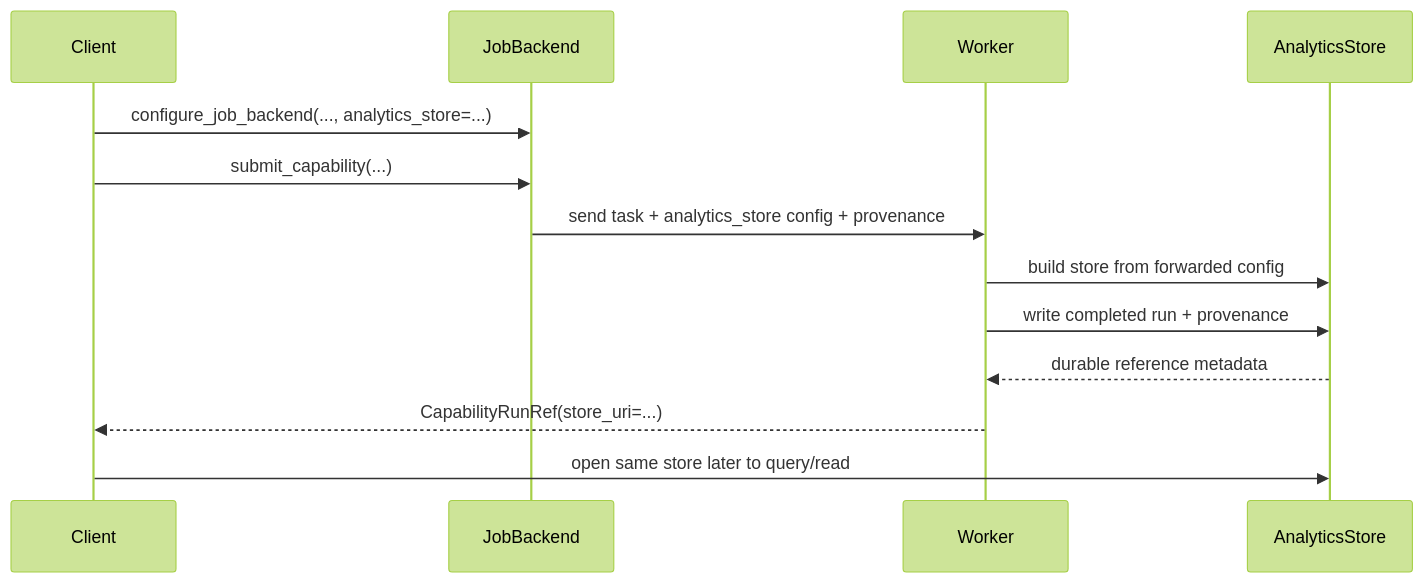
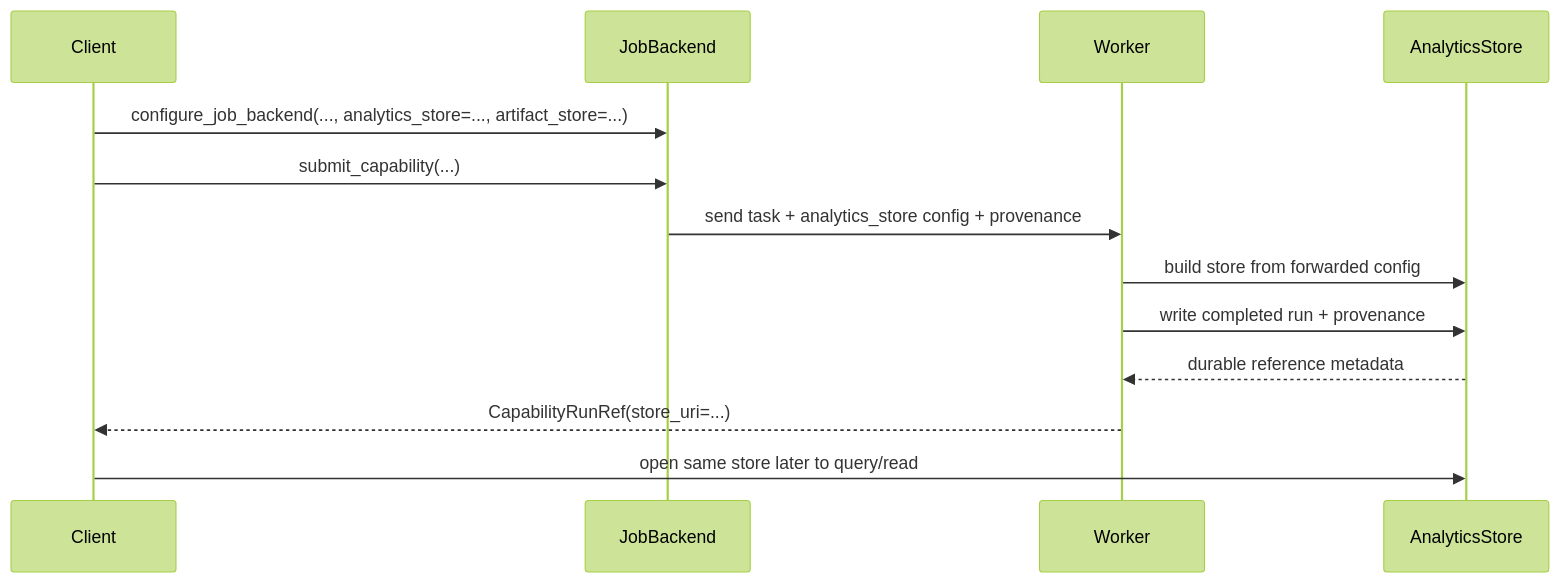
Before and after one commit to openteams-ai/checkmaite: the diagram in docs/development/job_submission/analytics_store.md, drawn with Mermaid (forest theme). The commit also changed other lines of this file and 49 other files, not shown here.

````diff
--- a/docs/development/job_submission/analytics_store.md
+++ b/docs/development/job_submission/analytics_store.md
@@ -51,16 +63,16 @@
 ```mermaid
 sequenceDiagram
     participant Client
     participant JobBackend as JobBackend
     participant Worker
     participant Store as AnalyticsStore
 
-    Client->>JobBackend: configure_job_backend(..., analytics_store=...)
+    Client->>JobBackend: configure_job_backend(..., analytics_store=..., artifact_store=...)
     Client->>JobBackend: submit_capability(...)
     JobBackend->>Worker: send task + analytics_store config + provenance
     Worker->>Store: build store from forwarded config
     Worker->>Store: write completed run + provenance
     Store-->>Worker: durable reference metadata
     Worker-->>Client: CapabilityRunRef(store_uri=...)
     Client->>Store: open same store later to query/read
 ```
````
